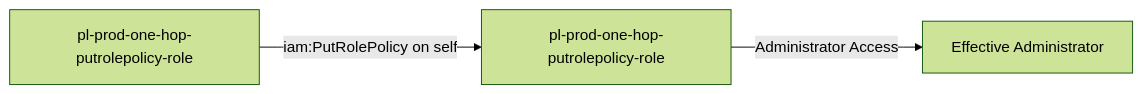
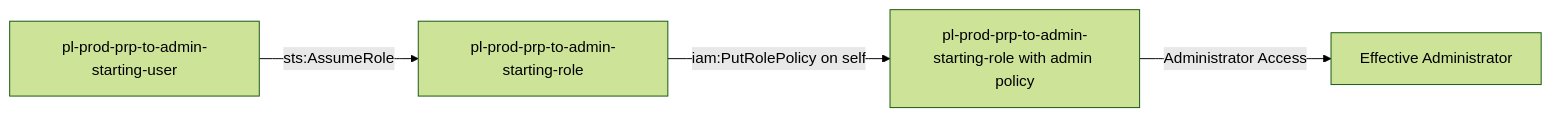
The diagram in modules/scenarios/single-account/privesc-self-escalation/to-admin/iam-putrolepolicy/README.md (DataDog/pathfinding-labs), drawn with Mermaid (forest theme) before and after one commit. The commit also changed other lines of this file and 166 other files, not shown here.

````diff
--- a/modules/scenarios/single-account/privesc-self-escalation/to-admin/iam-putrolepolicy/README.md
+++ b/modules/scenarios/single-account/privesc-self-escalation/to-admin/iam-putrolepolicy/README.md
@@ -20,5 +20,6 @@
 ```mermaid
 graph LR
-    A[pl-prod-one-hop-putrolepolicy-role] -->|iam:PutRolePolicy on self| B[pl-prod-one-hop-putrolepolicy-role]
-    B -->|Administrator Access| C[Effective Administrator]
+    A[pl-prod-prp-to-admin-starting-user] -->|sts:AssumeRole| B[pl-prod-prp-to-admin-starting-role]
+    B -->|iam:PutRolePolicy on self| C[pl-prod-prp-to-admin-starting-role with admin policy]
+    C -->|Administrator Access| D[Effective Administrator]
 ```
````
